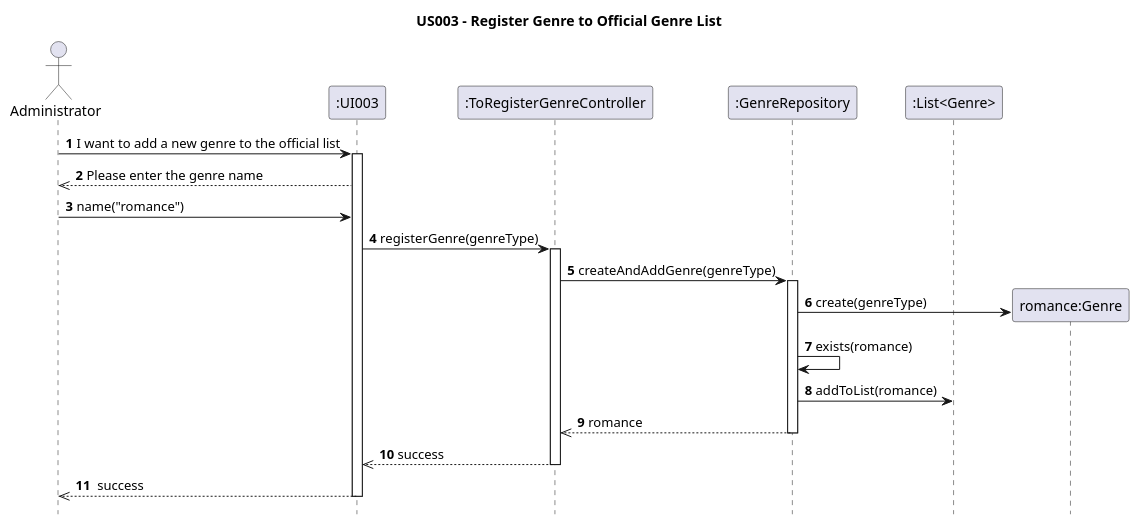
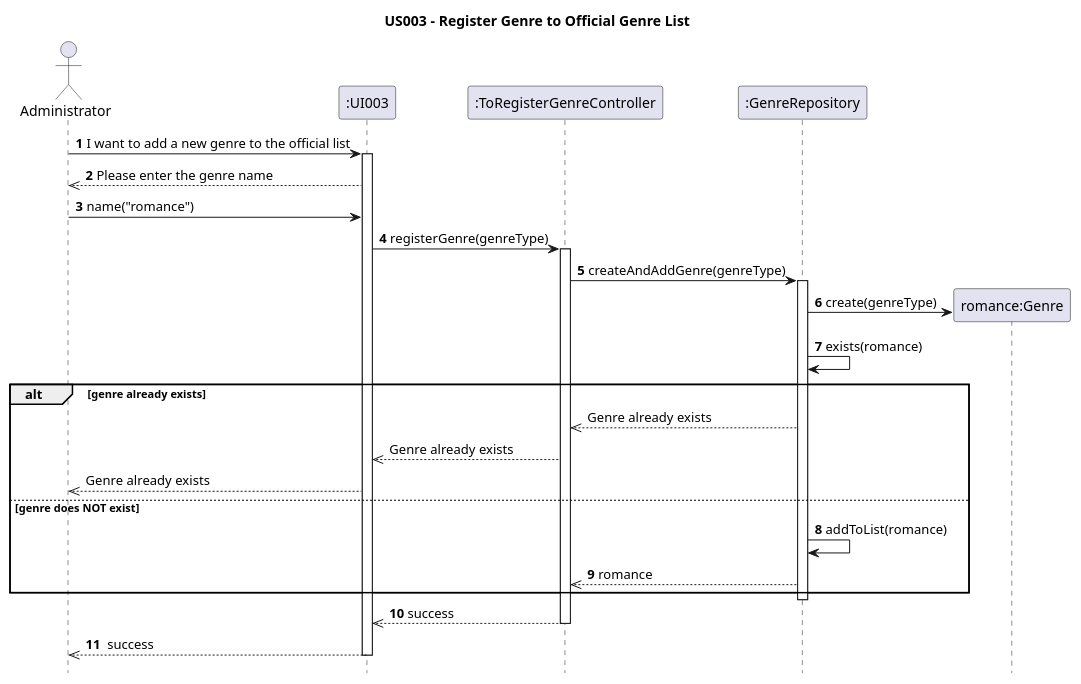
Before and after one commit to AndrePereiraGitH/SWitCH-Project-Team_A: the diagram in Diagrams/SequenceDiagrams/N2/US003-to-add-a-publication-genre-to-the-genre-list.puml, drawn with PlantUML. The commit also changed 2 other files, not shown here.

Commit message:
Working on #79 #80 improved SSD for US05 and US03 + Minor changes to GenreRepository.

```diff
--- a/Diagrams/SequenceDiagrams/N2/US003-to-add-a-publication-genre-to-the-genre-list.puml
+++ b/Diagrams/SequenceDiagrams/N2/US003-to-add-a-publication-genre-to-the-genre-list.puml
@@ -1,45 +1,49 @@
 @startuml
 hide footbox
 title US003 - Register Genre to Official Genre List
 
 
 actor Administrator
 participant ":UI003" as UI
 
 participant ":ToRegisterGenreController" as RegisterGenreController
 
 participant ":GenreRepository" as GenreRepository
-participant ":List<Genre>" as LG
 
 Administrator -> UI : **1** I want to add a new genre to the official list
 
 activate UI
 
 UI -->> Administrator : **2** Please enter the genre name
 Administrator -> UI : **3** name("romance")
 
 
 UI -> RegisterGenreController : **4** registerGenre(genreType)
 activate RegisterGenreController
 
 RegisterGenreController -> GenreRepository : **5** createAndAddGenre(genreType)
 activate GenreRepository
 
   create "romance:Genre" as Genre
 
   GenreRepository -> Genre : **6** create(genreType)
   GenreRepository -> GenreRepository : **7** exists(romance)
-
-  GenreRepository -> LG : **8** addToList(romance)
+  alt genre already exists
+    GenreRepository -->> RegisterGenreController : Genre already exists
+    RegisterGenreController -->> UI : Genre already exists
+    UI -->> Administrator : Genre already exists
+  else genre does NOT exist
+  GenreRepository -> GenreRepository : **8** addToList(romance)
   GenreRepository  -->> RegisterGenreController : **9** romance
+  end
 
 
 deactivate GenreRepository
 
 RegisterGenreController -->> UI : **10** success
 deactivate RegisterGenreController
 
 UI -->> Administrator : **11**  success
 deactivate UI
 
 @enduml
```
